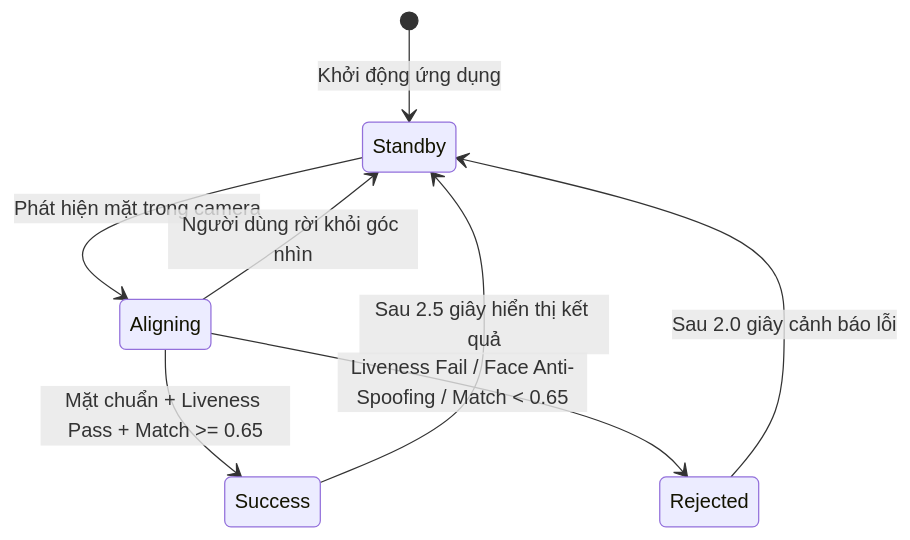
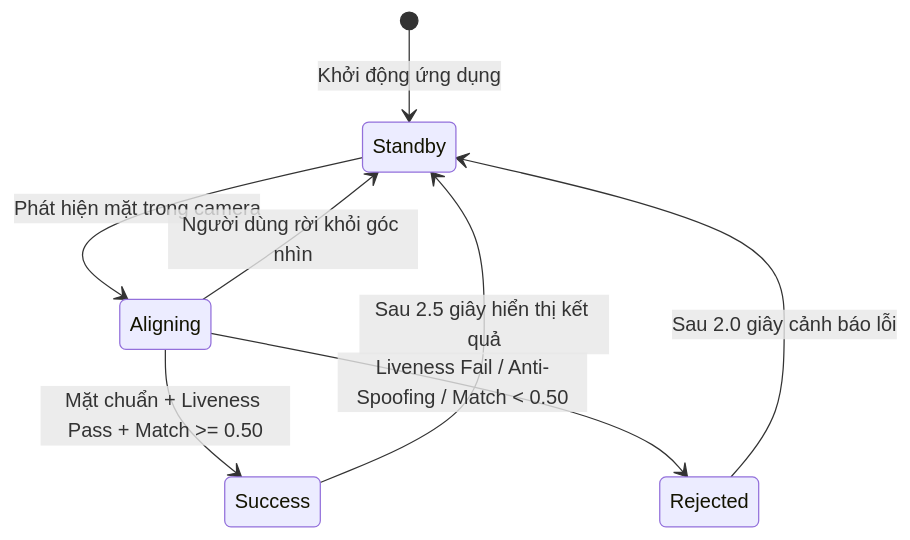
The diagram in docs/service-docs/kiosk-app/ui-ux/ui-ux-specs.md (nvdung250405/face-attendance-system), drawn with Mermaid before and after one commit. The commit also changed other lines of this file and 97 other files, not shown here.

````diff
--- a/docs/service-docs/kiosk-app/ui-ux/ui-ux-specs.md
+++ b/docs/service-docs/kiosk-app/ui-ux/ui-ux-specs.md
@@ -55,10 +26,10 @@
 ```mermaid
 stateDiagram-v2
     [*] --> Standby: Khởi động ứng dụng
     Standby --> Aligning: Phát hiện mặt trong camera
     Aligning --> Standby: Người dùng rời khỏi góc nhìn
-    Aligning --> Success: Mặt chuẩn + Liveness Pass + Match >= 0.65
-    Aligning --> Rejected: Liveness Fail / Face Anti-Spoofing / Match < 0.65
+    Aligning --> Success: Mặt chuẩn + Liveness Pass + Match >= 0.50
+    Aligning --> Rejected: Liveness Fail / Anti-Spoofing / Match < 0.50
     Success --> Standby: Sau 2.5 giây hiển thị kết quả
     Rejected --> Standby: Sau 2.0 giây cảnh báo lỗi
 ```
````
